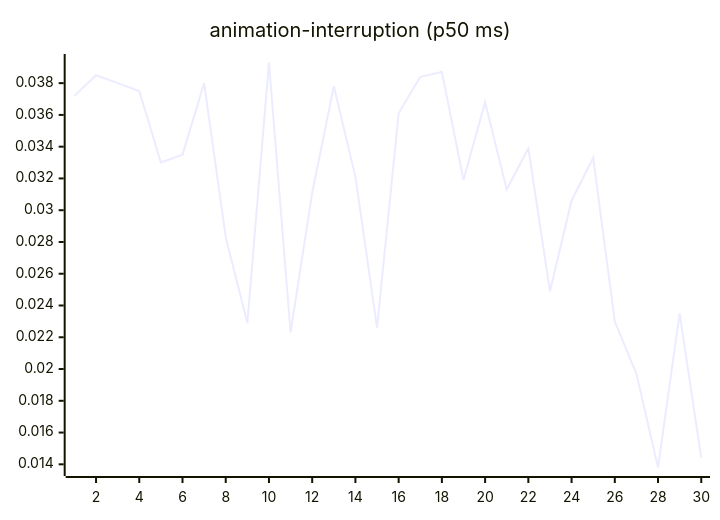
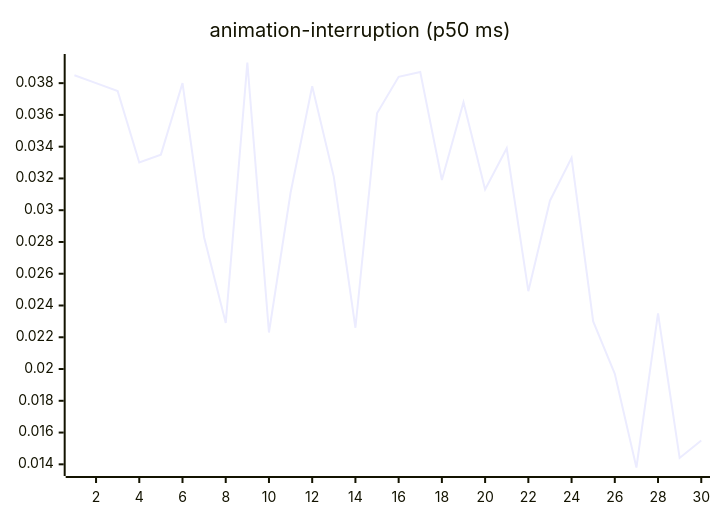
Before and after one commit to josha/Facet: the third of 27 diagrams in README.md, drawn with Mermaid. The commit also changed other lines of this file and 2 other files, not shown here.

````diff
--- a/README.md
+++ b/README.md
@@ -77,6 +77,6 @@
 ```mermaid
 xychart-beta
     title "animation-interruption (p50 ms)"
     x-axis 1 --> 30
-    line [0.0372, 0.0385, 0.0380, 0.0375, 0.0330, 0.0335, 0.0380, 0.0283, 0.0229, 0.0393, 0.0223, 0.0311, 0.0378, 0.0321, 0.0226, 0.0361, 0.0384, 0.0387, 0.0319, 0.0368, 0.0313, 0.0339, 0.0249, 0.0306, 0.0333, 0.0230, 0.0197, 0.0138, 0.0235, 0.0144]
+    line [0.0385, 0.0380, 0.0375, 0.0330, 0.0335, 0.0380, 0.0283, 0.0229, 0.0393, 0.0223, 0.0311, 0.0378, 0.0321, 0.0226, 0.0361, 0.0384, 0.0387, 0.0319, 0.0368, 0.0313, 0.0339, 0.0249, 0.0306, 0.0333, 0.0230, 0.0197, 0.0138, 0.0235, 0.0144, 0.0155]
 ```
````
